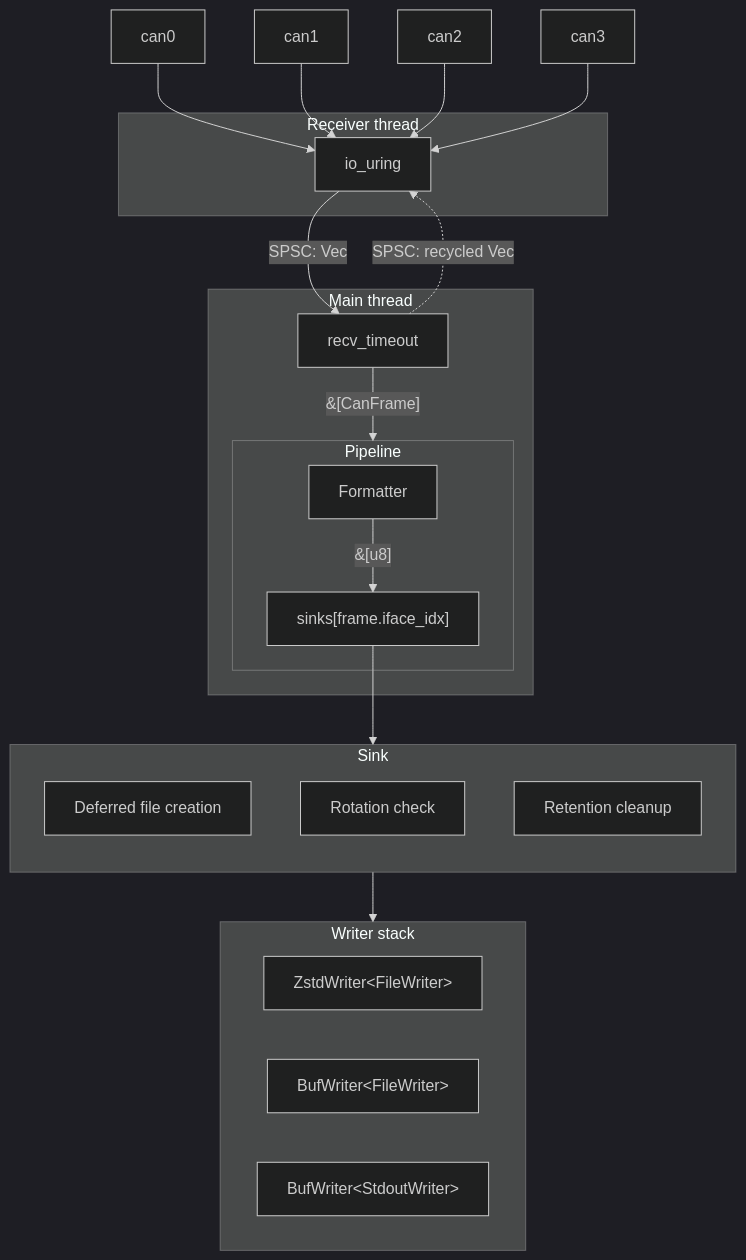
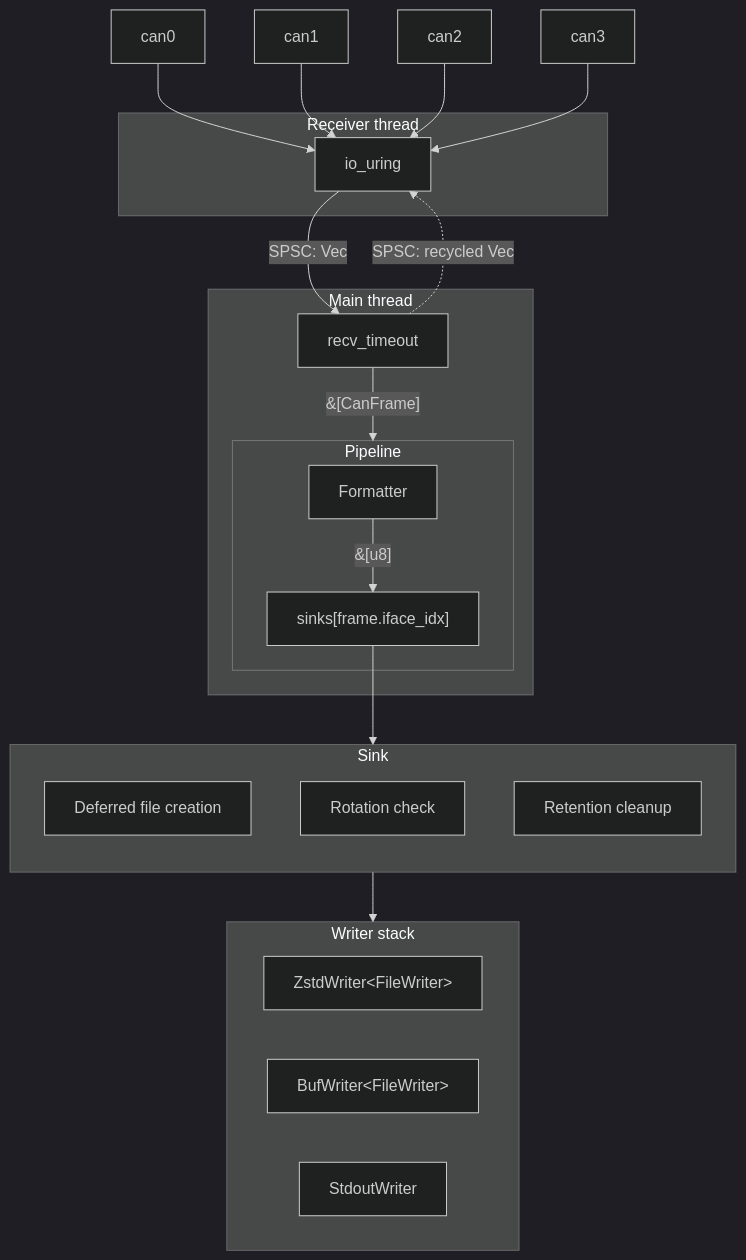
One commit to Notgnoshi/candemonium changed the first of 2 diagrams in docs/design/candumpr/02-architecture.md. Above: the diagram before and after it, drawn with Mermaid (dark theme). The commit also changed other lines of this file, not shown here.

Commit message:
docs: Don't wrap StdoutWriter in a BufWriter

````diff
--- a/docs/design/candumpr/02-architecture.md
+++ b/docs/design/candumpr/02-architecture.md
@@ -37,38 +37,38 @@
 ```mermaid
 graph TD
     can0 & can1 & can2 & can3 --> io_uring
 
     subgraph recv [Receiver thread]
         io_uring
     end
 
     io_uring --> |"SPSC: Vec<CanFrame>"| main_loop
     main_loop -.-> |"SPSC: recycled Vec"| io_uring
 
     subgraph main [Main thread]
         main_loop["recv_timeout"]
         main_loop --> |"&[CanFrame]"| Pipeline
     end
 
     subgraph Pipeline
         Formatter --> |"&[u8]"| dispatch["sinks[frame.iface_idx]"]
     end
 
     subgraph sink [Sink]
         direction TD
         deferred["Deferred file creation"]
         rotation["Rotation check"]
         retention["Retention cleanup"]
     end
 
     dispatch --> sink
 
     subgraph writers [Writer stack]
         direction LR
         compressed["ZstdWriter&lt;FileWriter&gt;"]
         uncompressed["BufWriter&lt;FileWriter&gt;"]
-        live["BufWriter&lt;StdoutWriter&gt;"]
+        live["StdoutWriter"]
     end
 
     sink --> writers
 ```
````
